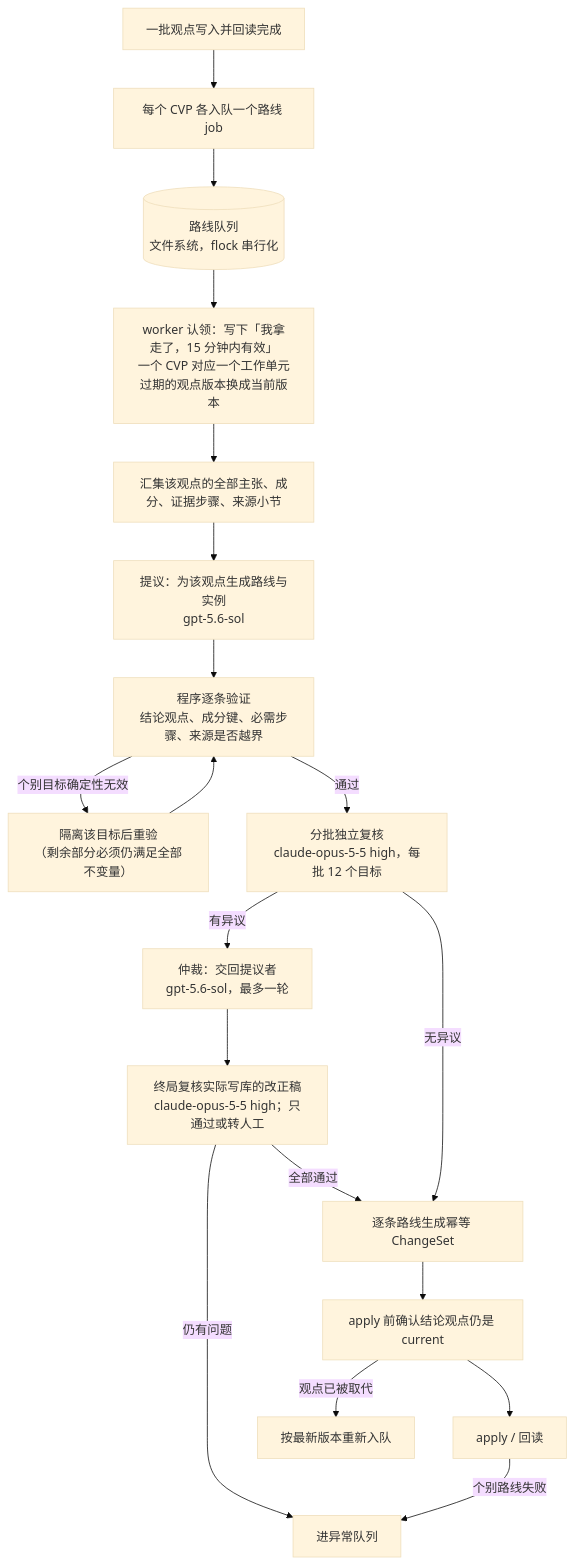
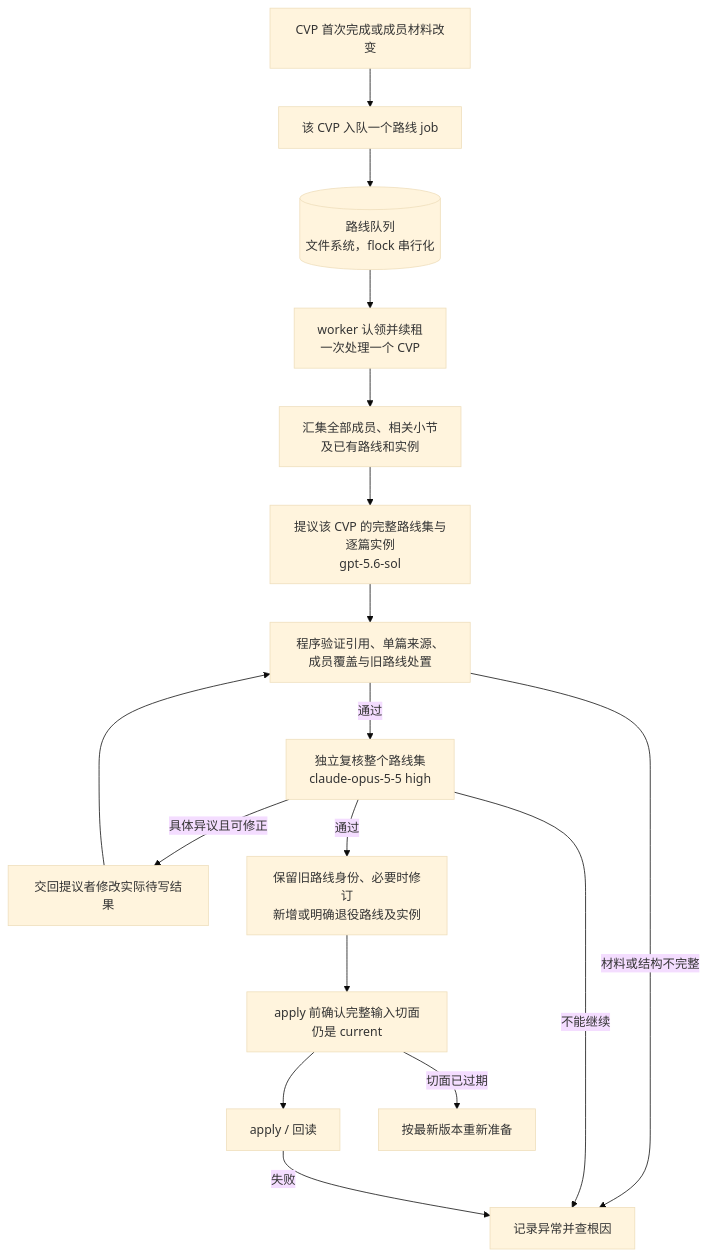
One commit to junyang168/smart-answer changed the fourth of 4 diagrams in docs/wang-knowledge-platform/20-knowledge/canonical_viewpoint_design.md. Above: the diagram before and after it, drawn with Mermaid (base theme). The commit also changed other lines of this file, not shown here.

Commit message:
Define CVP-wide argument route review and reconciliation

````diff
--- a/docs/wang-knowledge-platform/20-knowledge/canonical_viewpoint_design.md
+++ b/docs/wang-knowledge-platform/20-knowledge/canonical_viewpoint_design.md
@@ -258,22 +258,20 @@
 ```mermaid
 flowchart TD
-    A["一批观点写入并回读完成"] --> J["每个 CVP 各入队一个路线 job"]
+    A["CVP 首次完成或成员材料改变"] --> J["该 CVP 入队一个路线 job"]
     J --> QQ[("路线队列<br/>文件系统，flock 串行化")]
     QQ --> CL
-    CL["worker 认领：写下「我拿走了，15 分钟内有效」<br/>一个 CVP 对应一个工作单元<br/>过期的观点版本换成当前版本"]
-    CL --> G["汇集该观点的全部主张、成分、证据步骤、来源小节"]
-    G --> P["提议：为该观点生成路线与实例<br/>gpt-5.6-sol"]
-    P --> V["程序逐条验证<br/>结论观点、成分键、必需步骤、来源是否越界"]
-    V -->|"个别目标确定性无效"| I["隔离该目标后重验<br/>（剩余部分必须仍满足全部不变量）"]
-    I --> V
-    V -->|"通过"| R["分批独立复核<br/>claude-opus-5-5 high，每批 12 个目标"]
-    R -->|"有异议"| C["仲裁：交回提议者<br/>gpt-5.6-sol，最多一轮"]
-    C --> FR["终局复核实际写库的改正稿<br/>claude-opus-5-5 high；只通过或转人工"]
-    FR -->|"全部通过"| W
-    FR -->|"仍有问题"| E
-    R -->|"无异议"| W["逐条路线生成幂等 ChangeSet"]
-    W --> K["apply 前确认结论观点仍是 current"]
+    CL["worker 认领并续租<br/>一次处理一个 CVP"]
+    CL --> G["汇集全部成员、相关小节<br/>及已有路线和实例"]
+    G --> P["提议该 CVP 的完整路线集与逐篇实例<br/>gpt-5.6-sol"]
+    P --> V["程序验证引用、单篇来源、成员覆盖与旧路线处置"]
+    V -->|"材料或结构不完整"| E["记录异常并查根因"]
+    V -->|"通过"| R["独立复核整个路线集<br/>claude-opus-5-5 high"]
+    R -->|"具体异议且可修正"| C["交回提议者修改实际待写结果"]
+    C --> V
+    R -->|"通过"| W["保留旧路线身份、必要时修订<br/>新增或明确退役路线及实例"]
+    R -->|"不能继续"| E
+    W --> K["apply 前确认完整输入切面仍是 current"]
     K --> RB["apply / 回读"]
-    K -->|"观点已被取代"| Q["按最新版本重新入队"]
-    RB -->|"个别路线失败"| E["进异常队列"]
+    K -->|"切面已过期"| Q["按最新版本重新准备"]
+    RB -->|"失败"| E
 ```
````
